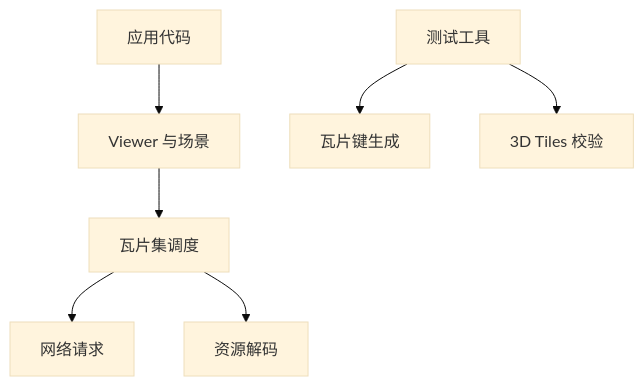
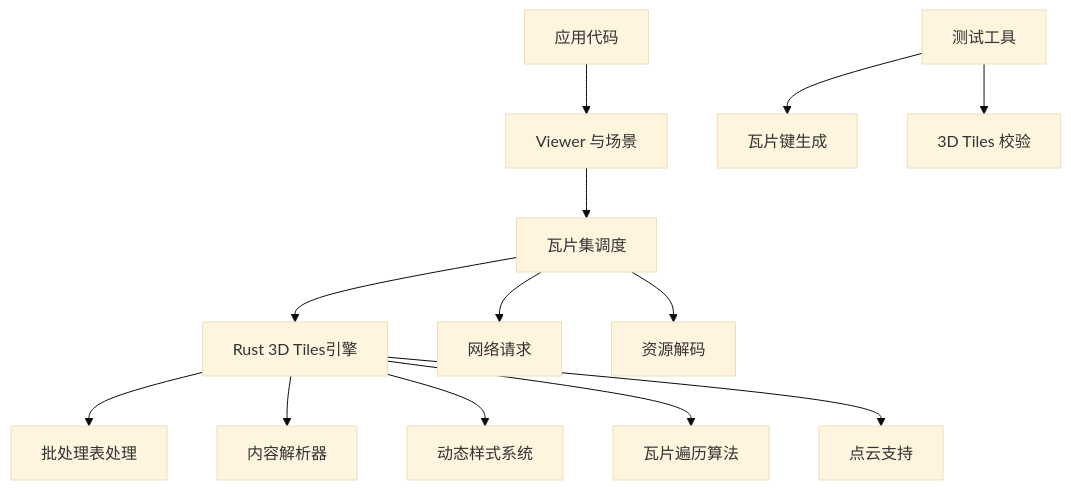
The ninth of 9 diagrams in .qoder/repowiki/zh/content/项目概述/核心特性/3D数据格式支持/3D Tiles标准支持/瓦片集管理.md (rzhangjing/cesium), drawn with Mermaid (base theme) before and after one commit. The commit also changed other lines of this file and 30 other files, not shown here.

````diff
--- a/.qoder/repowiki/zh/content/项目概述/核心特性/3D数据格式支持/3D Tiles标准支持/瓦片集管理.md
+++ b/.qoder/repowiki/zh/content/项目概述/核心特性/3D数据格式支持/3D Tiles标准支持/瓦片集管理.md
@@ -308,9 +412,15 @@
 ```mermaid
 graph TB
 App["应用代码"] --> Viewer["Viewer 与场景"]
 Viewer --> Tileset["瓦片集调度"]
+Tileset --> RustEngine["Rust 3D Tiles引擎"]
+RustEngine --> BatchTable["批处理表处理"]
+RustEngine --> ContentDecoder["内容解析器"]
+RustEngine --> Styling["动态样式系统"]
+RustEngine --> Traversal["瓦片遍历算法"]
+RustEngine --> PointCloud["点云支持"]
 Tileset --> Net["网络请求"]
 Tileset --> Decode["资源解码"]
 Test["测试工具"] --> KeyGen["瓦片键生成"]
 Test --> Checker["3D Tiles 校验"]
 ```
````
